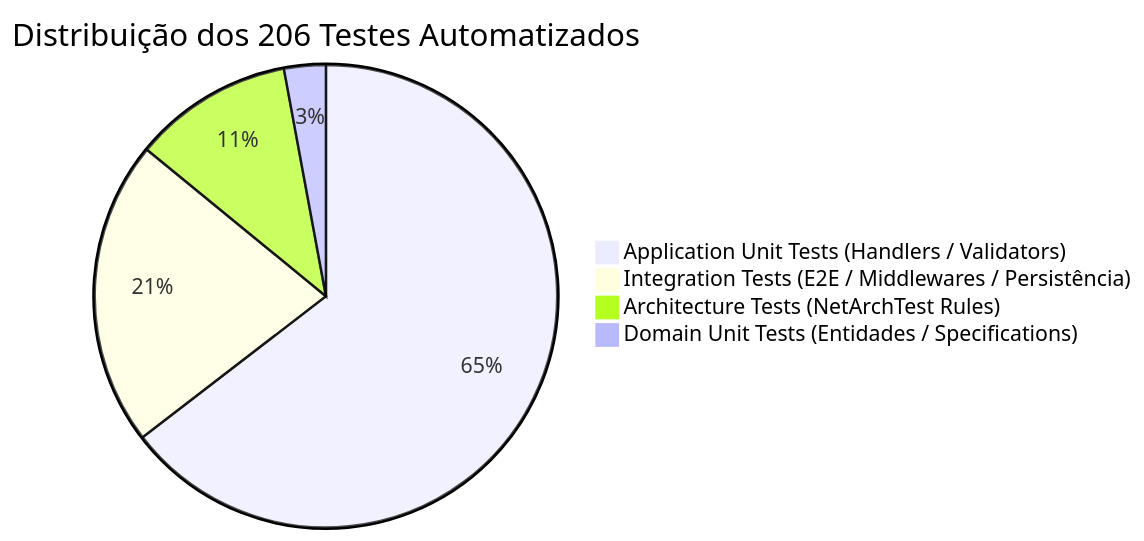
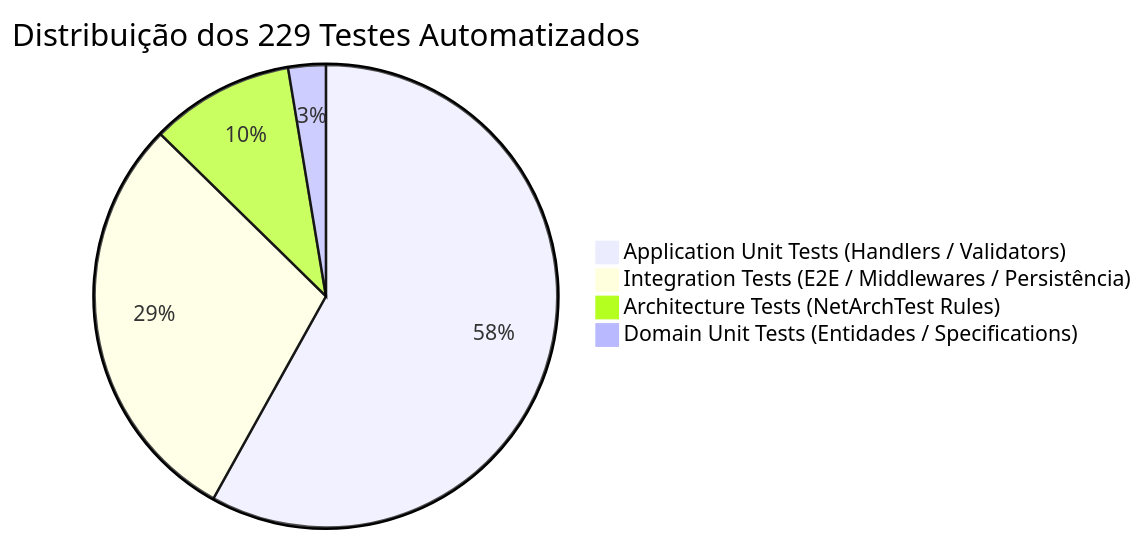
The third of 3 diagrams in README.md (liuizn/tech-curse), drawn with Mermaid before and after one commit. The commit also changed other lines of this file, not shown here.

````diff
--- a/README.md
+++ b/README.md
@@ -265,7 +265,7 @@
 ```mermaid
-pie title Distribuição dos 206 Testes Automatizados
+pie title Distribuição dos 229 Testes Automatizados
     "Application Unit Tests (Handlers / Validators)" : 133
-    "Integration Tests (E2E / Middlewares / Persistência)" : 44
+    "Integration Tests (E2E / Middlewares / Persistência)" : 67
     "Architecture Tests (NetArchTest Rules)" : 23
     "Domain Unit Tests (Entidades / Specifications)" : 6
 ```
````
